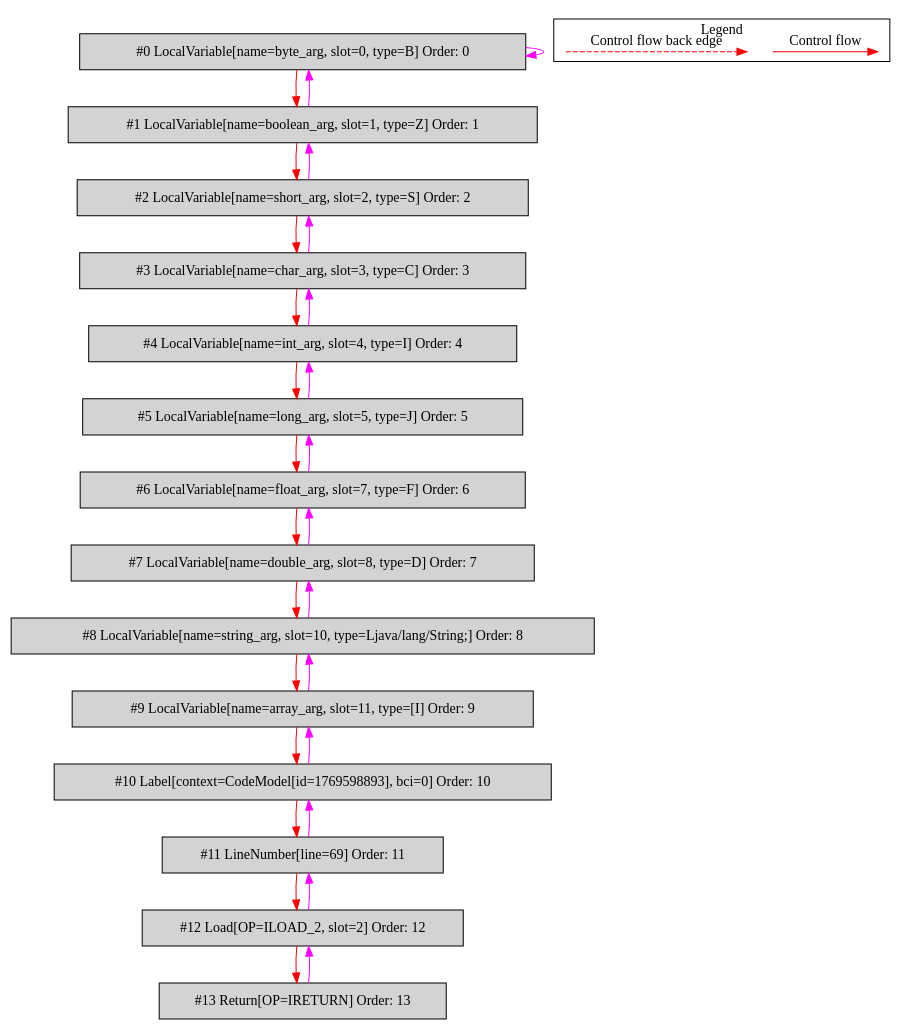
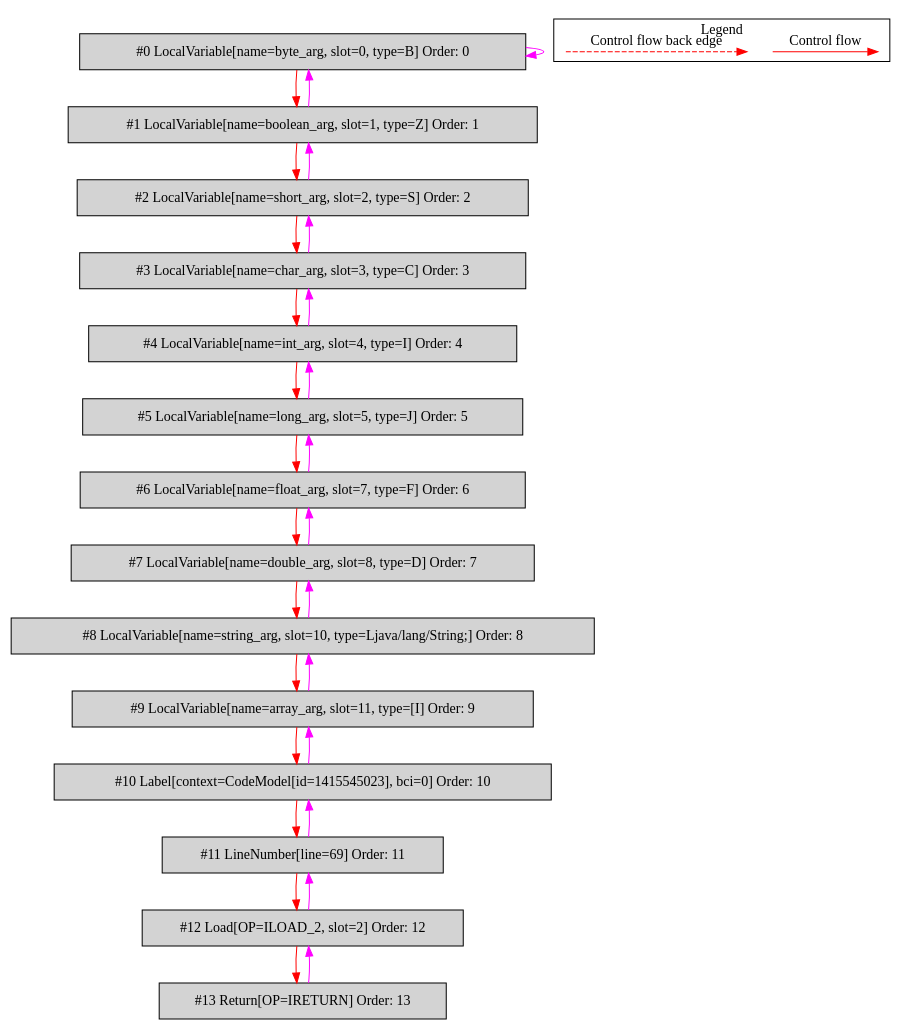
One commit to mirkosertic/MetaIR changed the diagram in de.mirkosertic.metair.ir.examples.MethodInvokeTest/simple_method_return_short/bytecodecfg.dot. Above: the diagram before and after it, drawn with Graphviz. The commit also changed 1234 other files, not shown here.

```diff
--- a/de.mirkosertic.metair.ir.examples.MethodInvokeTest/simple_method_return_short/bytecodecfg.dot
+++ b/de.mirkosertic.metair.ir.examples.MethodInvokeTest/simple_method_return_short/bytecodecfg.dot
@@ -1,58 +1,58 @@
 digraph {
  ordering="in";
  node0[label="#0 LocalVariable[name=byte_arg, slot=0, type=B] Order: 0", shape=box, fillcolor=lightgrey, style=filled];
  node1[label="#1 LocalVariable[name=boolean_arg, slot=1, type=Z] Order: 1", shape=box, fillcolor=lightgrey, style=filled];
  node2[label="#2 LocalVariable[name=short_arg, slot=2, type=S] Order: 2", shape=box, fillcolor=lightgrey, style=filled];
  node3[label="#3 LocalVariable[name=char_arg, slot=3, type=C] Order: 3", shape=box, fillcolor=lightgrey, style=filled];
  node4[label="#4 LocalVariable[name=int_arg, slot=4, type=I] Order: 4", shape=box, fillcolor=lightgrey, style=filled];
  node5[label="#5 LocalVariable[name=long_arg, slot=5, type=J] Order: 5", shape=box, fillcolor=lightgrey, style=filled];
  node6[label="#6 LocalVariable[name=float_arg, slot=7, type=F] Order: 6", shape=box, fillcolor=lightgrey, style=filled];
  node7[label="#7 LocalVariable[name=double_arg, slot=8, type=D] Order: 7", shape=box, fillcolor=lightgrey, style=filled];
  node8[label="#8 LocalVariable[name=string_arg, slot=10, type=Ljava/lang/String;] Order: 8", shape=box, fillcolor=lightgrey, style=filled];
  node9[label="#9 LocalVariable[name=array_arg, slot=11, type=[I] Order: 9", shape=box, fillcolor=lightgrey, style=filled];
- node10[label="#10 Label[context=CodeModel[id=1769598893], bci=0] Order: 10", shape=box, fillcolor=lightgrey, style=filled];
+ node10[label="#10 Label[context=CodeModel[id=1415545023], bci=0] Order: 10", shape=box, fillcolor=lightgrey, style=filled];
  node11[label="#11 LineNumber[line=69] Order: 11", shape=box, fillcolor=lightgrey, style=filled];
  node12[label="#12 Load[OP=ILOAD_2, slot=2] Order: 12", shape=box, fillcolor=lightgrey, style=filled];
  node13[label="#13 Return[OP=IRETURN] Order: 13", shape=box, fillcolor=lightgrey, style=filled];
  node0 -> node0[color=fuchsia];
  node0 -> node1[color=red];
  node1 -> node0[color=fuchsia];
  node1 -> node2[color=red];
  node2 -> node1[color=fuchsia];
  node2 -> node3[color=red];
  node3 -> node2[color=fuchsia];
  node3 -> node4[color=red];
  node4 -> node3[color=fuchsia];
  node4 -> node5[color=red];
  node5 -> node4[color=fuchsia];
  node5 -> node6[color=red];
  node6 -> node5[color=fuchsia];
  node6 -> node7[color=red];
  node7 -> node6[color=fuchsia];
  node7 -> node8[color=red];
  node8 -> node7[color=fuchsia];
  node8 -> node9[color=red];
  node9 -> node8[color=fuchsia];
  node9 -> node10[color=red];
  node10 -> node9[color=fuchsia];
  node10 -> node11[color=red];
  node11 -> node10[color=fuchsia];
  node11 -> node12[color=red];
  node12 -> node11[color=fuchsia];
  node12 -> node13[color=red];
  node13 -> node12[color=fuchsia];
  subgraph cluster_000 {
   label = "Legend";
   node [shape=point]
   {
    rank=same;
    c0 [style = invis];
    c1 [style = invis];
    c2 [style = invis];
    c3 [style = invis];
   }
   c0 -> c1 [label="Control flow", style=solid, color=red]
   c2 -> c3 [label="Control flow back edge", style=dashed, color=red]
  }
 
 }
```
